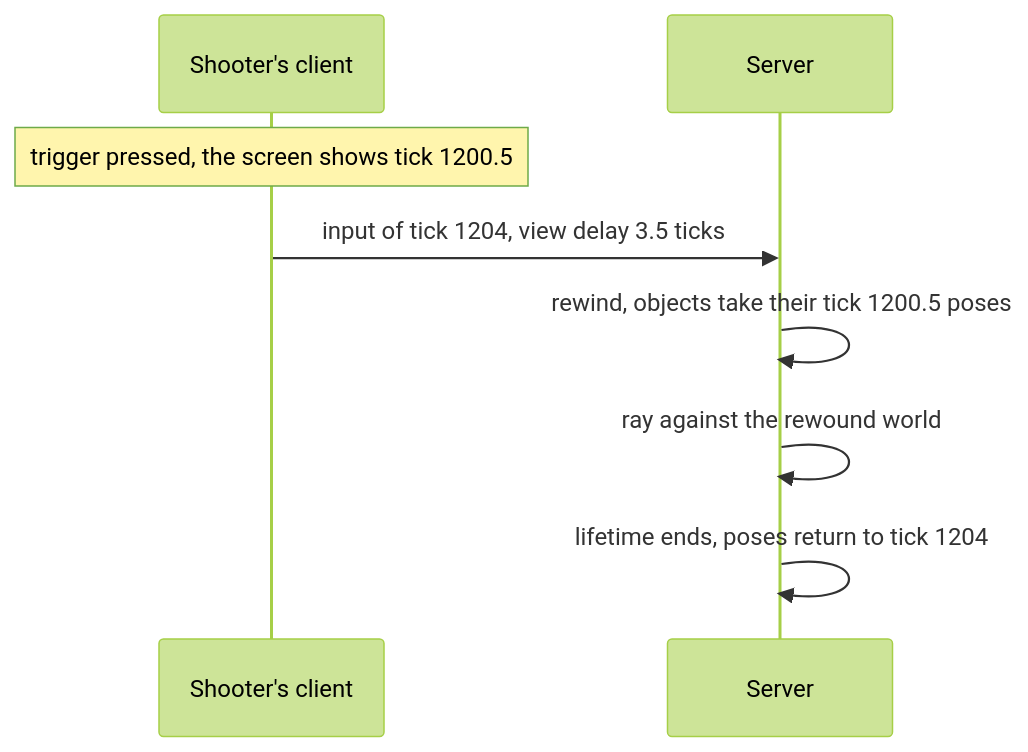
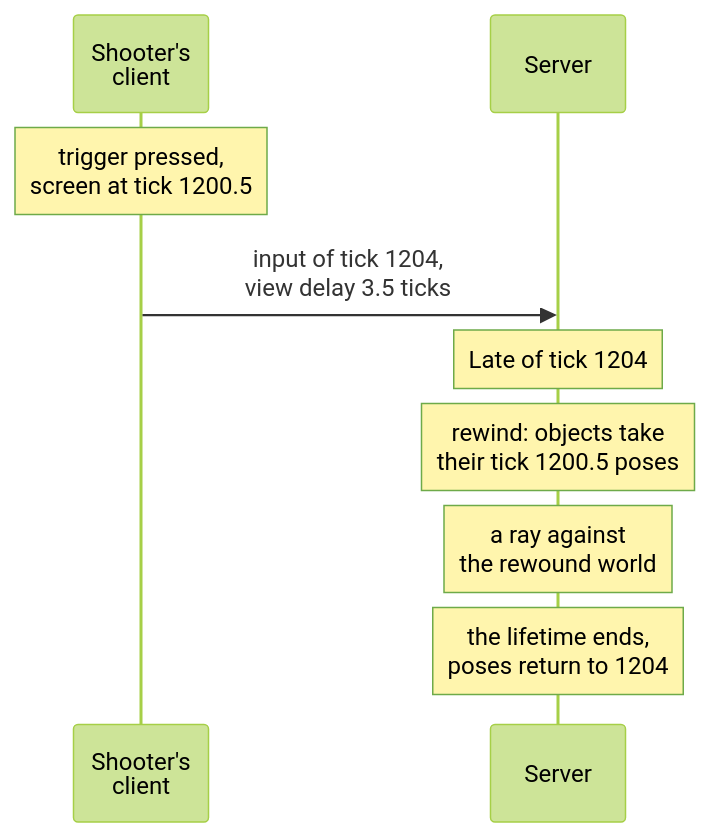
Before and after one commit to pndte/match-please: the seventh of 8 diagrams in README.md, drawn with Mermaid (forest theme). The commit also changed other lines of this file, not shown here.

````diff
--- a/README.md
+++ b/README.md
@@ -562,10 +592,17 @@
 ```mermaid
+---
+config:
+  sequence:
+    width: 90
+    actorMargin: 120
+---
 sequenceDiagram
-    participant C as Shooter's client
+    participant C as Shooter's<br/>client
     participant S as Server
-    Note over C: trigger pressed, the screen shows tick 1200.5
-    C->>S: input of tick 1204, view delay 3.5 ticks
-    S->>S: rewind, objects take their tick 1200.5 poses
-    S->>S: ray against the rewound world
-    S->>S: lifetime ends, poses return to tick 1204
+    Note over C: trigger pressed,<br/>screen at tick 1200.5
+    C->>S: input of tick 1204,<br/>view delay 3.5 ticks
+    Note over S: Late of tick 1204
+    Note over S: rewind: objects take<br/>their tick 1200.5 poses
+    Note over S: a ray against<br/>the rewound world
+    Note over S: the lifetime ends,<br/>poses return to 1204
 ```
````
